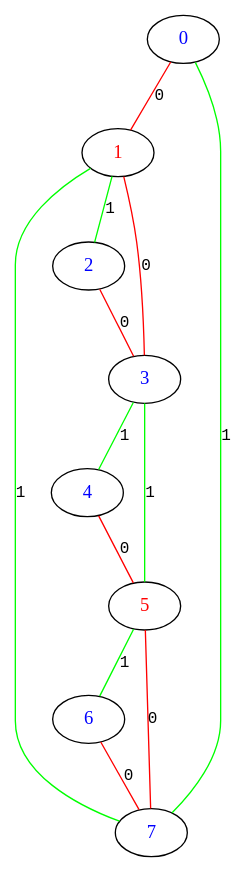
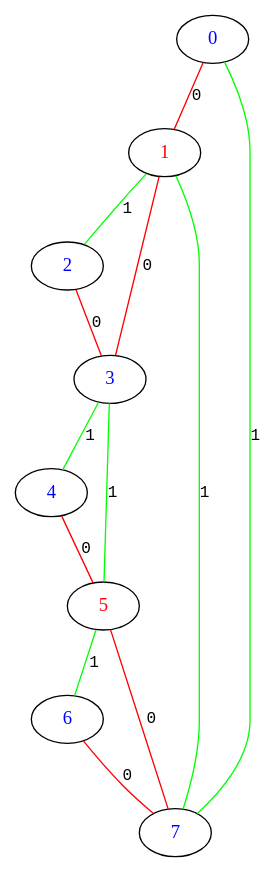
Before and after one commit to icfpc-dniwe/icfpc2017: the diagram in puntvis/puntvis/deploy/sample.txt-graphviz/7.dot, drawn with Graphviz. The commit also changed 58 other files, not shown here.

```diff
--- a/puntvis/puntvis/deploy/sample.txt-graphviz/7.dot
+++ b/puntvis/puntvis/deploy/sample.txt-graphviz/7.dot
@@ -1,22 +1,22 @@
 graph G {
-0 [fontcolor="#0000FFFF", label="4"];
-1 [fontcolor="#FF0000FF", label="1"];
-2 [fontcolor="#0000FFFF", label="3"];
-3 [fontcolor="#0000FFFF", label="6"];
-4 [fontcolor="#FF0000FF", label="5"];
-5 [fontcolor="#0000FFFF", label="0"];
-6 [fontcolor="#0000FFFF", label="7"];
-7 [fontcolor="#0000FFFF", label="2"];
-2 -- 0 [ color="#00FF00FF", label="1", fontname="Courier New",  fontsize=12];
-0 -- 4 [ color="#FF0000FF", label="0", fontname="Courier New",  fontsize=12];
-5 -- 1 [ color="#FF0000FF", label="0", fontname="Courier New",  fontsize=12];
-1 -- 2 [ color="#FF0000FF", label="0", fontname="Courier New",  fontsize=12];
-1 -- 6 [ color="#00FF00FF", label="1", fontname="Courier New",  fontsize=12];
-1 -- 7 [ color="#00FF00FF", label="1", fontname="Courier New",  fontsize=12];
-7 -- 2 [ color="#FF0000FF", label="0", fontname="Courier New",  fontsize=12];
-2 -- 4 [ color="#00FF00FF", label="1", fontname="Courier New",  fontsize=12];
-4 -- 3 [ color="#00FF00FF", label="1", fontname="Courier New",  fontsize=12];
-3 -- 6 [ color="#FF0000FF", label="0", fontname="Courier New",  fontsize=12];
-4 -- 6 [ color="#FF0000FF", label="0", fontname="Courier New",  fontsize=12];
-5 -- 6 [ color="#00FF00FF", label="1", fontname="Courier New",  fontsize=12];
+0 [fontcolor="#0000FFFF" label="0" pos="0,0!"];
+1 [fontcolor="#FF0000FF" label="1" pos="1,0!"];
+2 [fontcolor="#0000FFFF" label="2" pos="2,0!"];
+3 [fontcolor="#0000FFFF" label="3" pos="2,-1!"];
+4 [fontcolor="#0000FFFF" label="4" pos="2,-2!"];
+5 [fontcolor="#FF0000FF" label="5" pos="1,-2!"];
+6 [fontcolor="#0000FFFF" label="6" pos="0,-2!"];
+7 [fontcolor="#0000FFFF" label="7" pos="0,-1!"];
+3 -- 4 [fontname="Courier New" fontsize="12" label="1" color="#00FF00FF"];
+0 -- 1 [fontname="Courier New" fontsize="12" label="0" color="#FF0000FF"];
+2 -- 3 [fontname="Courier New" fontsize="12" label="0" color="#FF0000FF"];
+1 -- 3 [fontname="Courier New" fontsize="12" label="0" color="#FF0000FF"];
+5 -- 6 [fontname="Courier New" fontsize="12" label="1" color="#00FF00FF"];
+4 -- 5 [fontname="Courier New" fontsize="12" label="0" color="#FF0000FF"];
+3 -- 5 [fontname="Courier New" fontsize="12" label="1" color="#00FF00FF"];
+6 -- 7 [fontname="Courier New" fontsize="12" label="0" color="#FF0000FF"];
+5 -- 7 [fontname="Courier New" fontsize="12" label="0" color="#FF0000FF"];
+1 -- 7 [fontname="Courier New" fontsize="12" label="1" color="#00FF00FF"];
+0 -- 7 [fontname="Courier New" fontsize="12" label="1" color="#00FF00FF"];
+1 -- 2 [fontname="Courier New" fontsize="12" label="1" color="#00FF00FF"];
 }
```
